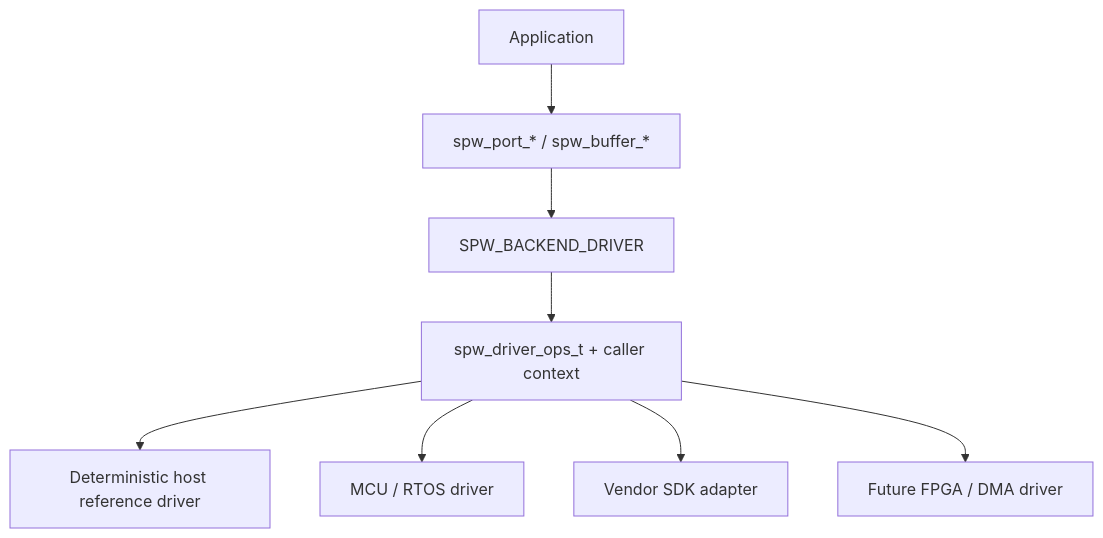
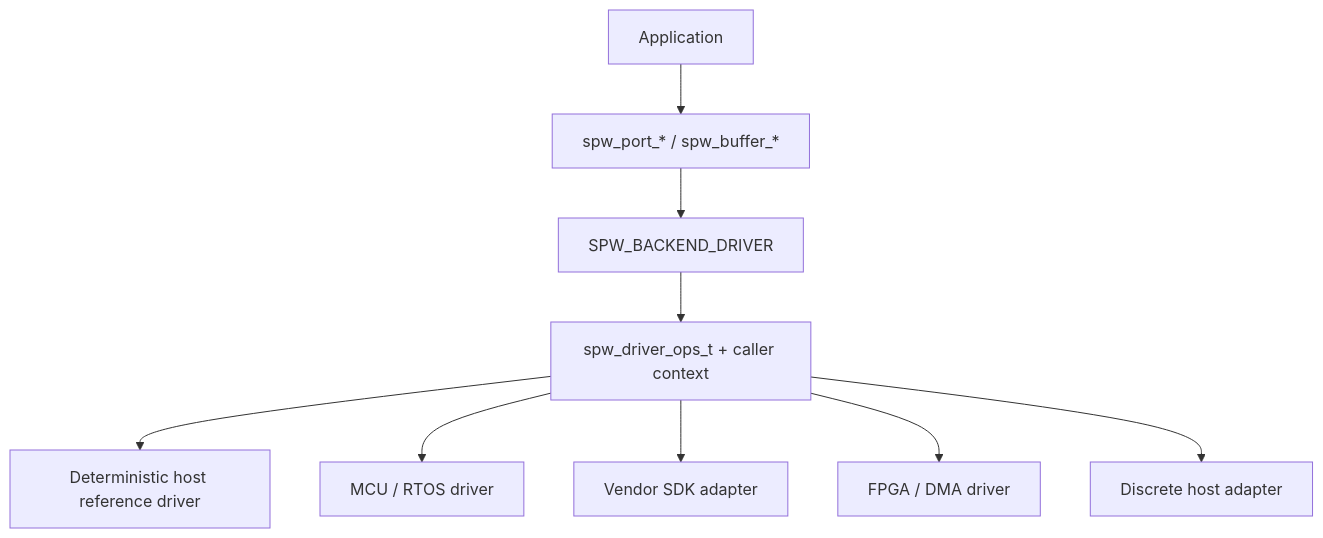
The first of 2 diagrams in docs/driver-backend.md (ExoSpaceLabs/spwkit), drawn with Mermaid before and after one commit. The commit also changed other lines of this file, not shown here.

````diff
--- a/docs/driver-backend.md
+++ b/docs/driver-backend.md
@@ -7,10 +7,11 @@
 ```mermaid
 flowchart TB
     APP[Application] --> API[spw_port_* / spw_buffer_*]
     API --> DB[SPW_BACKEND_DRIVER]
     DB --> OPS[spw_driver_ops_t + caller context]
     OPS --> REF[Deterministic host reference driver]
     OPS --> MCU[MCU / RTOS driver]
     OPS --> VENDOR[Vendor SDK adapter]
-    OPS --> FPGA[Future FPGA / DMA driver]
+    OPS --> FPGA[FPGA / DMA driver]
+    OPS --> PCIE[Discrete host adapter]
 ```
````
